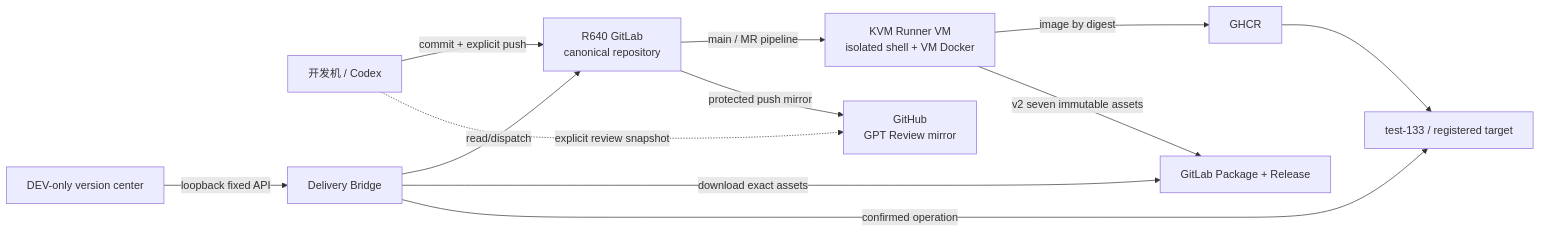
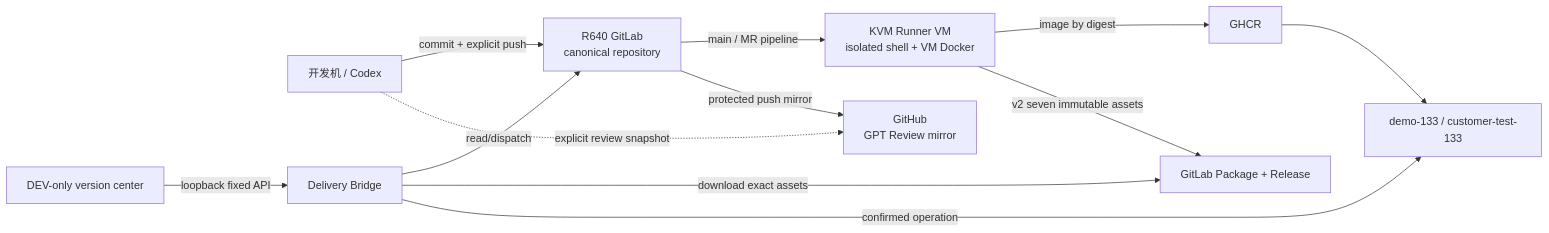
The diagram in docs/engineering/研发效能工作台与CI-CD设计.md (saurick/plush-toy-erp), drawn with Mermaid before and after one commit. The commit also changed other lines of this file and 133 other files, not shown here.

````diff
--- a/docs/engineering/研发效能工作台与CI-CD设计.md
+++ b/docs/engineering/研发效能工作台与CI-CD设计.md
@@ -15,14 +15,14 @@
 ```mermaid
 flowchart LR
   L["开发机 / Codex"] -->|commit + explicit push| G["R640 GitLab<br/>canonical repository"]
   L -.->|explicit review snapshot| H
   G -->|main / MR pipeline| R["KVM Runner VM<br/>isolated shell + VM Docker"]
   G -->|protected push mirror| H["GitHub<br/>GPT Review mirror"]
   R -->|image by digest| C["GHCR"]
   R -->|v2 seven immutable assets| P["GitLab Package + Release"]
   W["DEV-only version center"] -->|loopback fixed API| B["Delivery Bridge"]
   B -->|read/dispatch| G
   B -->|download exact assets| P
-  B -->|confirmed operation| T["test-133 / registered target"]
+  B -->|confirmed operation| T["demo-133 / customer-test-133"]
   C --> T
 ```
````
